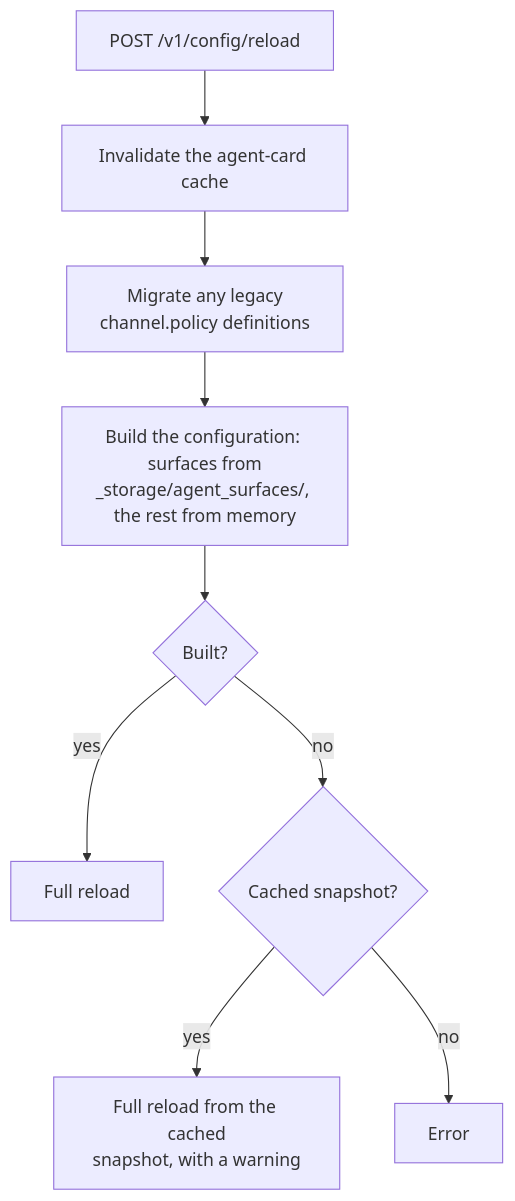
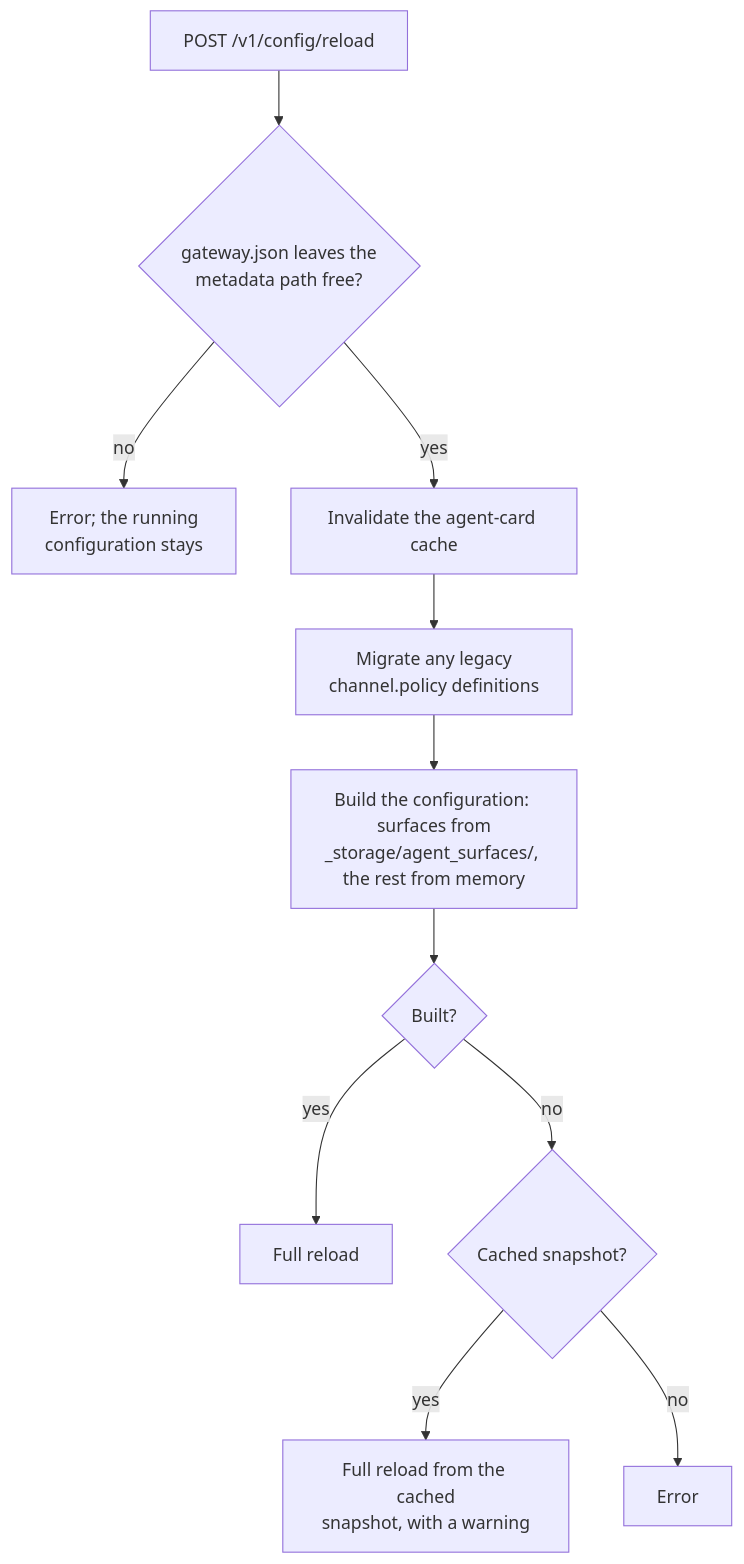
The diagram in docs/CONFIGURATION_RELOAD.md (affinidi-ai/agent-gateway), drawn with Mermaid before and after one commit. The commit also changed other lines of this file and 73 other files, not shown here.

````diff
--- a/docs/CONFIGURATION_RELOAD.md
+++ b/docs/CONFIGURATION_RELOAD.md
@@ -71,11 +71,13 @@
 ```mermaid
 flowchart TD
-    P["POST /v1/config/reload"] --> C[Invalidate the agent-card cache]
+    P["POST /v1/config/reload"] --> RR{"gateway.json leaves the<br/>metadata path free?"}
+    RR -- no --> RE["Error; the running<br/>configuration stays"]
+    RR -- yes --> C[Invalidate the agent-card cache]
     C --> M["Migrate any legacy<br/>channel.policy definitions"]
     M --> L["Build the configuration: surfaces from<br/>_storage/agent_surfaces/, the rest from memory"]
     L --> OK{Built?}
     OK -- yes --> R[Full reload]
     OK -- no --> CC{Cached snapshot?}
     CC -- yes --> RC["Full reload from the cached<br/>snapshot, with a warning"]
     CC -- no --> E[Error]
 ```
````
